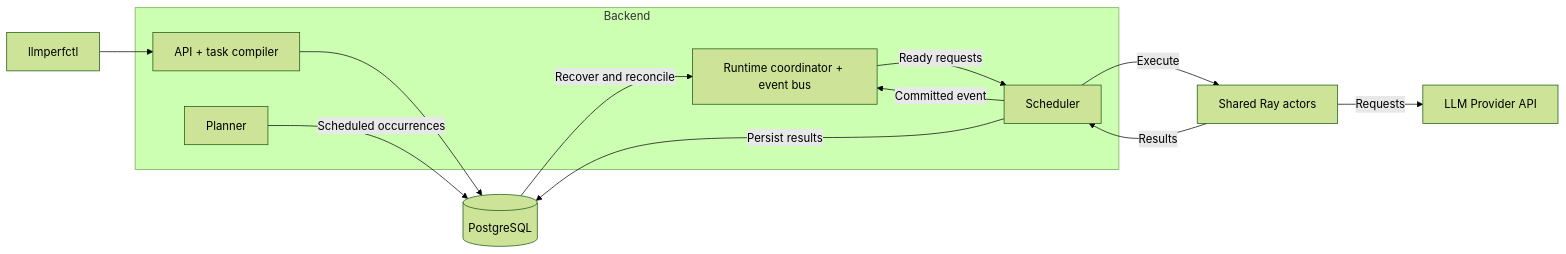
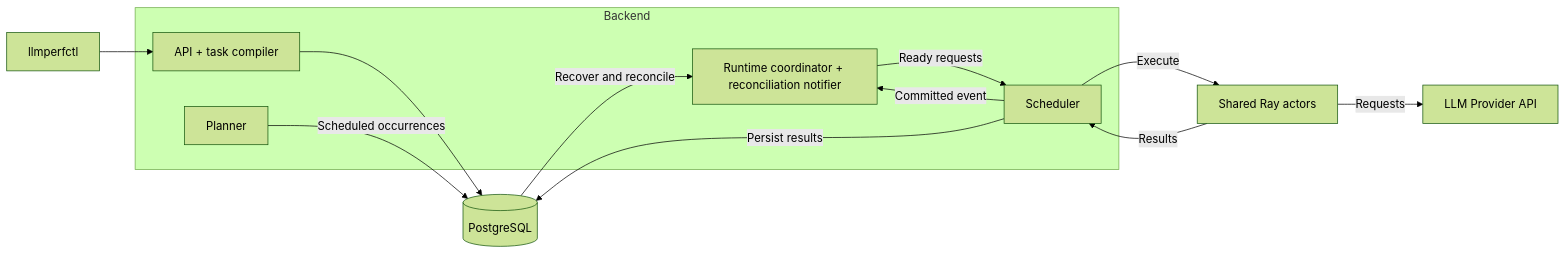
Before and after one commit to BeckWlim/llmperf-orchestrator: the diagram in README.md, drawn with Mermaid (forest theme). The commit also changed other lines of this file and 193 other files, not shown here.

````diff
--- a/README.md
+++ b/README.md
@@ -29,19 +29,19 @@
 ```mermaid
 flowchart LR
     CLI["llmperfctl"] --> API
     subgraph Backend["Backend"]
         API["API + task compiler"]
         Planner["Planner"]
-        Runtime["Runtime coordinator + event bus"]
+        Runtime["Runtime coordinator + reconciliation notifier"]
         Scheduler["Scheduler"]
     end
     API --> DB[("PostgreSQL")]
     Planner -->|"Scheduled occurrences"| DB
     DB -->|"Recover and reconcile"| Runtime
     Runtime -->|"Ready requests"| Scheduler
     Scheduler -->|"Execute"| Ray["Shared Ray actors"]
     Ray -->|"Requests"| Provider["LLM Provider API"]
     Ray -->|"Results"| Scheduler
     Scheduler -->|"Persist results"| DB
     Scheduler -->|"Committed event"| Runtime
 ```
````
